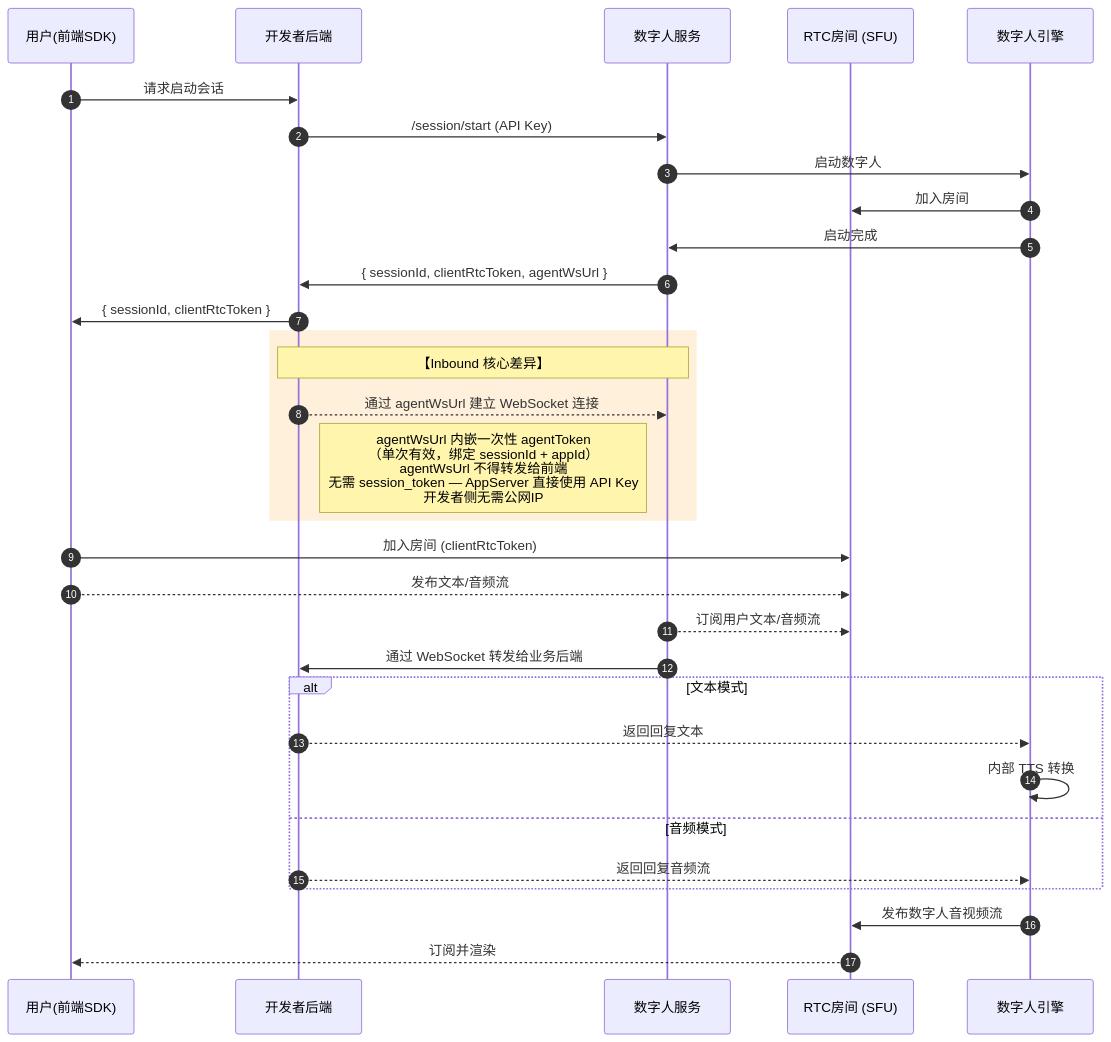
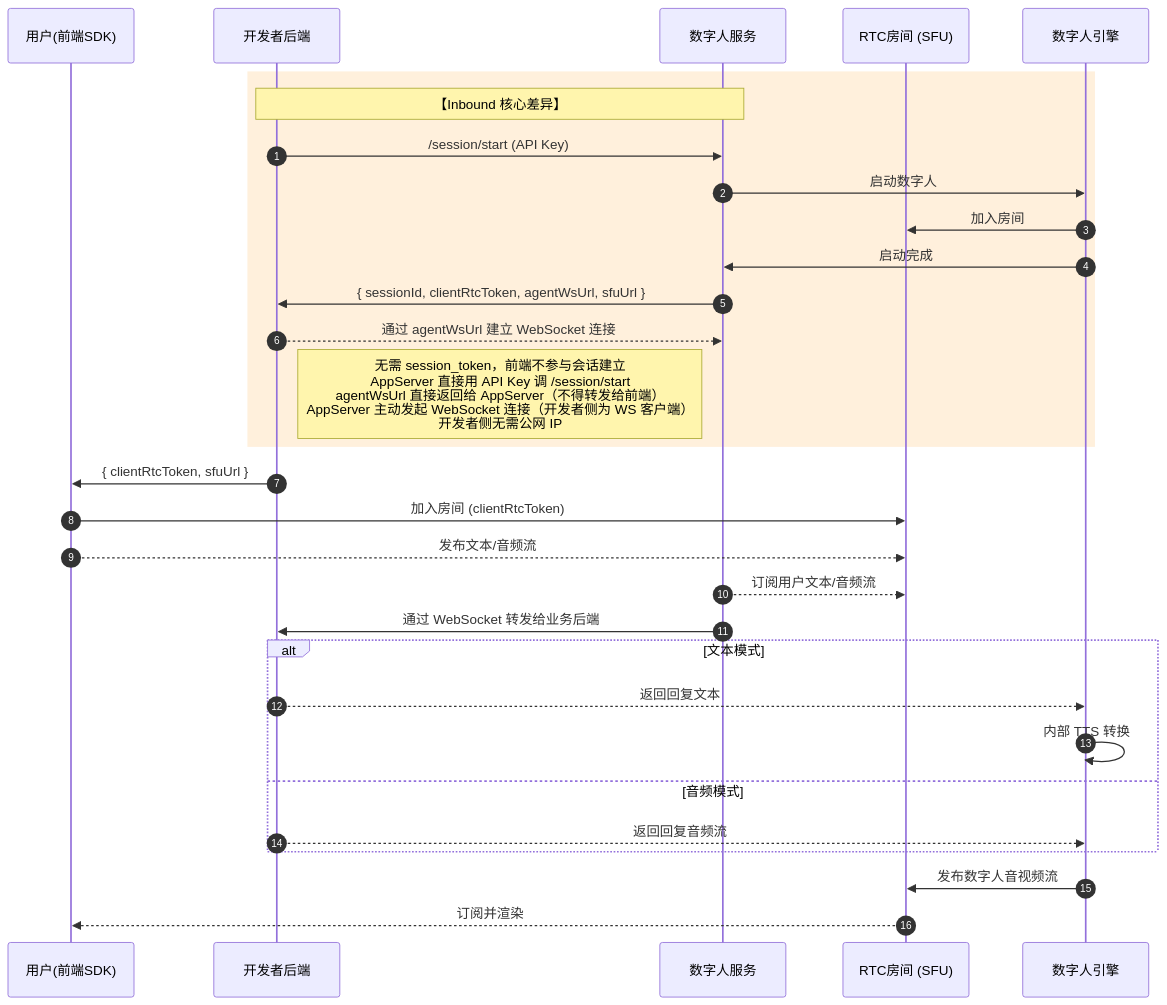
Before and after one commit to newportAI-lab/liveavatar-channel-python: the first of 3 diagrams in PROTOCOL.zh.md, drawn with Mermaid. The commit also changed other lines of this file and 2 other files, not shown here.

Commit message:
inbound mode document update

````diff
--- a/PROTOCOL.zh.md
+++ b/PROTOCOL.zh.md
@@ -83,44 +83,42 @@
 ```mermaid
 sequenceDiagram
     autonumber
     participant User as 用户(前端SDK)
     participant AppServer as 开发者后端
     participant Platform as 数字人服务
     participant RTC as RTC房间 (SFU)
     participant Avatar as 数字人引擎
 
-    %% 1. 会话启动（服务端，API Key 鉴权）
-    User->>AppServer: 请求启动会话
+    %% 核心差异高亮：整个会话建立过程全在服务端完成
+    rect rgb(255, 240, 220)
+    Note over AppServer, Platform: 【Inbound 核心差异】
     AppServer->>Platform: /session/start (API Key)
     Platform->>Avatar: 启动数字人
     Avatar->>RTC: 加入房间
     Avatar->>Platform: 启动完成
-    Platform->>AppServer: { sessionId, clientRtcToken, agentWsUrl }
-    AppServer->>User: { sessionId, clientRtcToken }
+    Platform->>AppServer: { sessionId, clientRtcToken, agentWsUrl, sfuUrl }
+    AppServer-->>Platform: 通过 agentWsUrl 建立 WebSocket 连接
+    Note right of AppServer: 无需 session_token，前端不参与会话建立<br/>AppServer 直接用 API Key 调 /session/start<br/>agentWsUrl 直接返回给 AppServer（不得转发给前端）<br/>AppServer 主动发起 WebSocket 连接（开发者侧为 WS 客户端）<br/>开发者侧无需公网 IP
+    end
+    AppServer->>User: { clientRtcToken, sfuUrl }
 
-    %% 核心差异高亮：Inbound 模式下的连接发起
-    rect rgb(255, 240, 220)
-    Note over AppServer, Platform: 【Inbound 核心差异】
-    AppServer-->>Platform: 通过 agentWsUrl 建立 WebSocket 连接
-    Note right of AppServer: agentWsUrl 内嵌一次性 agentToken<br/>（单次有效，绑定 sessionId + appId）<br/>agentWsUrl 不得转发给前端<br/>无需 session_token — AppServer 直接使用 API Key<br/>开发者侧无需公网IP
-    end
 
     %% 2. RTC 链路建立
     User->>RTC: 加入房间 (clientRtcToken)
     User-->>RTC: 发布文本/音频流
 
     %% 3. 核心业务循环
     Platform-->>RTC: 订阅用户文本/音频流
     Platform->>AppServer: 通过 WebSocket 转发给业务后端
 
     alt 文本模式
         AppServer-->>Avatar: 返回回复文本
         Avatar->>Avatar: 内部 TTS 转换
     else 音频模式
         AppServer-->>Avatar: 返回回复音频流
     end
 
     %% 4. 数字人反馈
     Avatar->>RTC: 发布数字人音视频流
     RTC-->>User: 订阅并渲染
 ```
````
